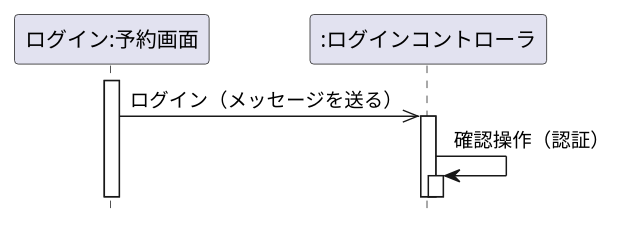
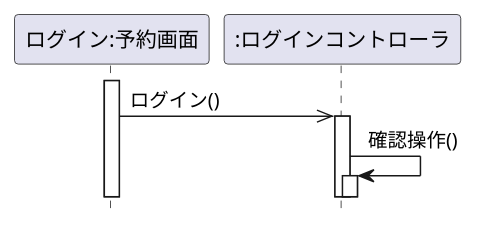
The diagram in 演習4-2_SD_利用者と予約画面.pu (kuboi0627/unl-introduction), drawn with PlantUML before and after one commit. The commit also changed 4 other files, not shown here.

```diff
--- a/演習4-2_SD_利用者と予約画面.pu
+++ b/演習4-2_SD_利用者と予約画面.pu
@@ -1,10 +1,10 @@
 @startuml
 hide footbox
 participant "ログイン:予約画面" as boundary
 participant ":ログインコントローラ" as control
 activate boundary
- boundary->> control:ログイン（メッセージを送る）
+ boundary->> control:ログイン()
 activate control
-control -> control:確認操作（認証）
+control -> control:確認操作()
 activate control
 @enduml
```
